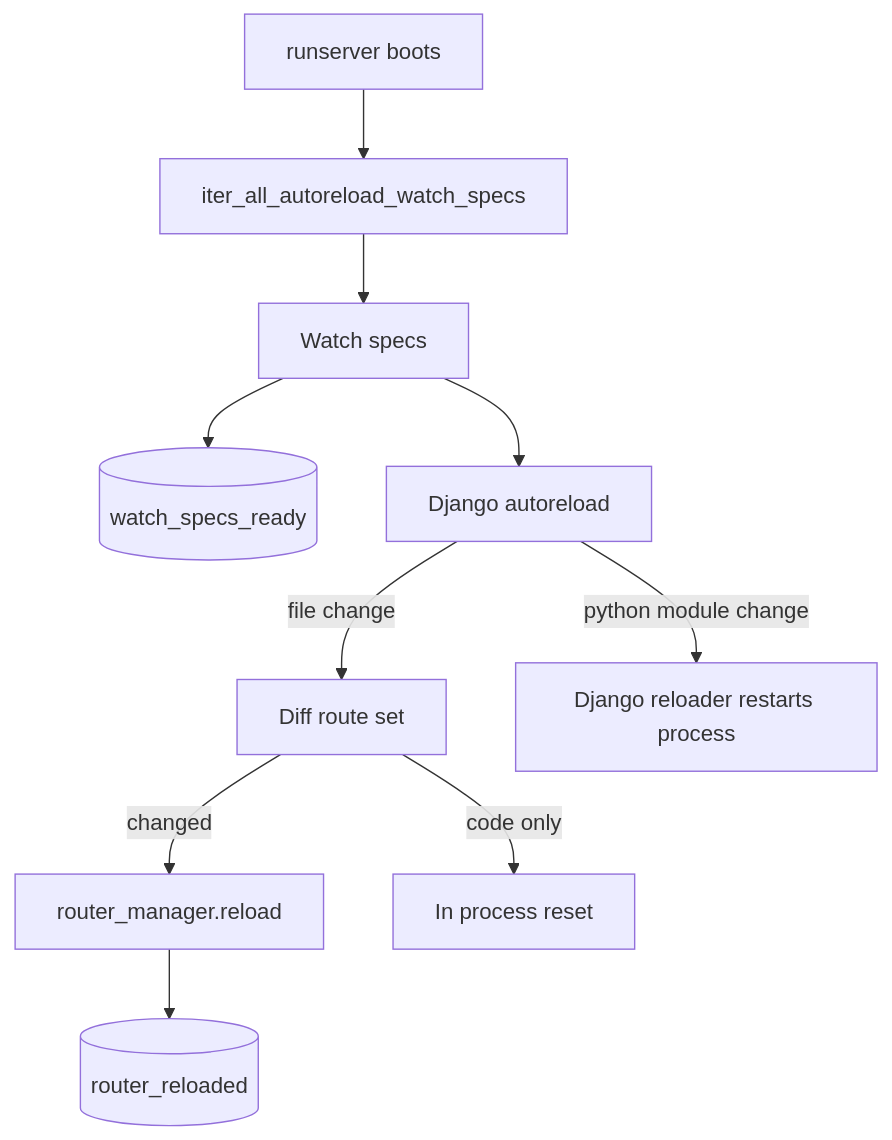
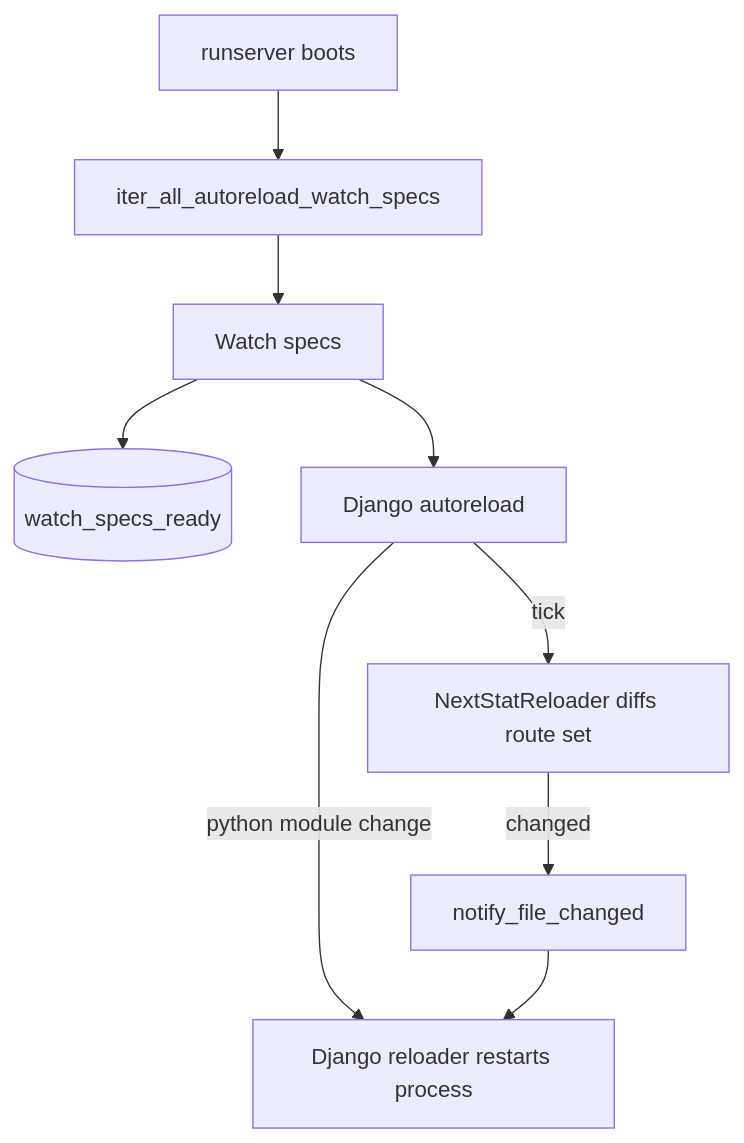
One commit to next-dj/next-dj changed the diagram in docs/content/internals/autoreload.rst. Above: the diagram before and after it, drawn with Mermaid. The commit also changed other lines of this file and 52 other files, not shown here.

```diff
--- a/docs/content/internals/autoreload.rst
+++ b/docs/content/internals/autoreload.rst
@@ -21,12 +21,11 @@
 .. mermaid::
 
    flowchart TB
        Boot[runserver boots] --> Collect[iter_all_autoreload_watch_specs]
        Collect --> Specs[Watch specs]
        Specs --> WatchReady[(watch_specs_ready)]
        Specs --> Watcher[Django autoreload]
-       Watcher -- file change --> Diff[Diff route set]
-       Diff -- changed --> Reload[router_manager.reload]
-       Reload --> RouterReloaded[(router_reloaded)]
-       Diff -- code only --> InProcess[In process reset]
        Watcher -- python module change --> ProcessRestart[Django reloader restarts process]
+       Watcher -- tick --> Diff[NextStatReloader diffs route set]
+       Diff -- changed --> Notify[notify_file_changed]
+       Notify --> ProcessRestart
```
